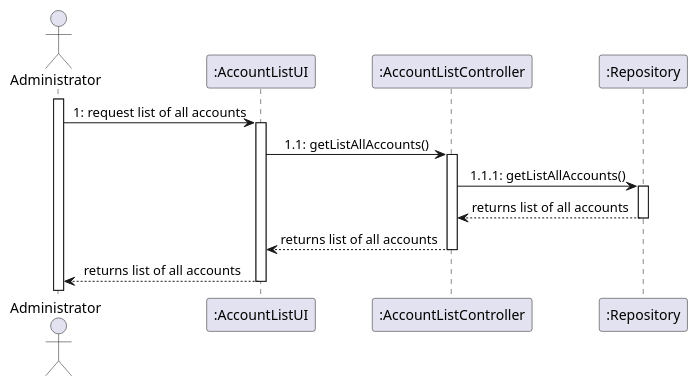
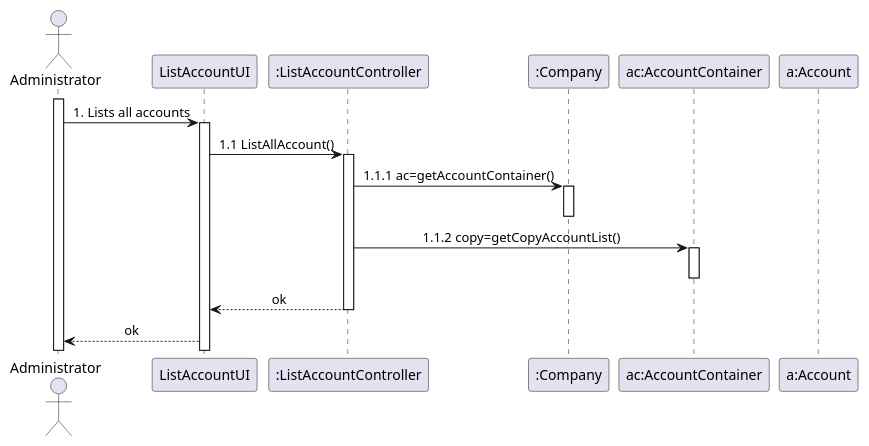
The diagram in docs/modelling_design/user_stories/us004/US004_Sequence_Diagram.puml (Loracline/project_switch_22-23), drawn with PlantUML before and after one commit. The commit also changed 1 other file, not shown here.

Commit message:
US004 class diagram and sequence diagram update;

```diff
--- a/docs/modelling_design/user_stories/us004/US004_Sequence_Diagram.puml
+++ b/docs/modelling_design/user_stories/us004/US004_Sequence_Diagram.puml
@@ -1,23 +1,26 @@
 @startuml
 
 skinparam sequenceMessageAlign center
-actor "Administrator"
-participant ":AccountListUI" as ui
-participant ":AccountListController" as cal
-participant ":Repository" as rp
+actor Administrator
+participant ListAccountUI as ui
+participant ":ListAccountController" as controller
+participant ":Company" as company
+participant "ac:AccountContainer" as acontainer
+participant "a:Account" as aaccount
 
+activate Administrator
+Administrator -> ui: 1. Lists all accounts
+activate ui
+ui -> controller: 1.1 ListAllAccount()
+activate controller
+controller -> company: 1.1.1 ac=getAccountContainer()
+activate company
+deactivate company
+controller-> acontainer: 1.1.2 copy=getCopyAccountList()
+activate acontainer
+deactivate acontainer
+controller --> ui: ok
+deactivate controller
+ui --> Administrator: ok
 
-activate "Administrator"
-"Administrator" -> ui: 1: request list of all accounts
-activate ui
-ui -> cal: 1.1: getListAllAccounts()
-activate cal
-cal -> rp: 1.1.1: getListAllAccounts()
-activate rp
-rp --> cal :returns list of all accounts
-deactivate rp
-cal --> ui :returns list of all accounts
-deactivate cal
-ui --> "Administrator": returns list of all accounts
-deactivate ui
 @enduml
```
